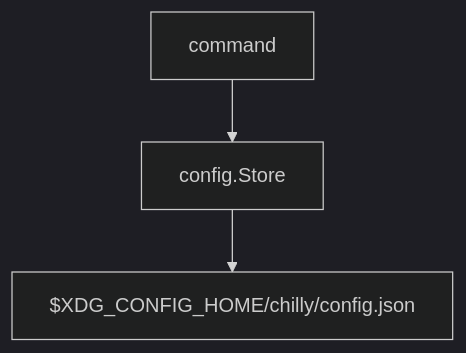
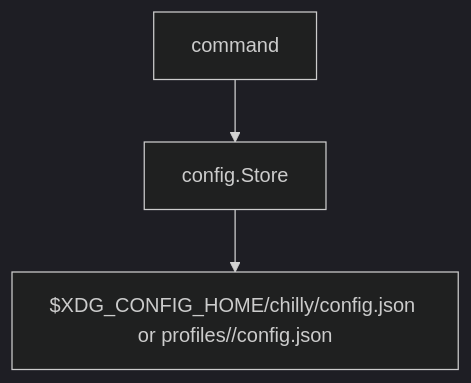
One commit to chill-institute/chill-institute-cli changed the third of 5 diagrams in docs/ARCHITECTURE.md. Above: the diagram before and after it, drawn with Mermaid (dark theme). The commit also changed other lines of this file and 12 other files, not shown here.

Commit message:
feat(cli): isolate config profiles for dev and prod

````diff
--- a/docs/ARCHITECTURE.md
+++ b/docs/ARCHITECTURE.md
@@ -62,5 +62,5 @@
 ```mermaid
 graph TD
   CLI["command"] --> Store["config.Store"]
-  Store --> File["$XDG_CONFIG_HOME/chilly/config.json"]
+  Store --> File["$XDG_CONFIG_HOME/chilly/config.json or profiles/<profile>/config.json"]
 ```
````
